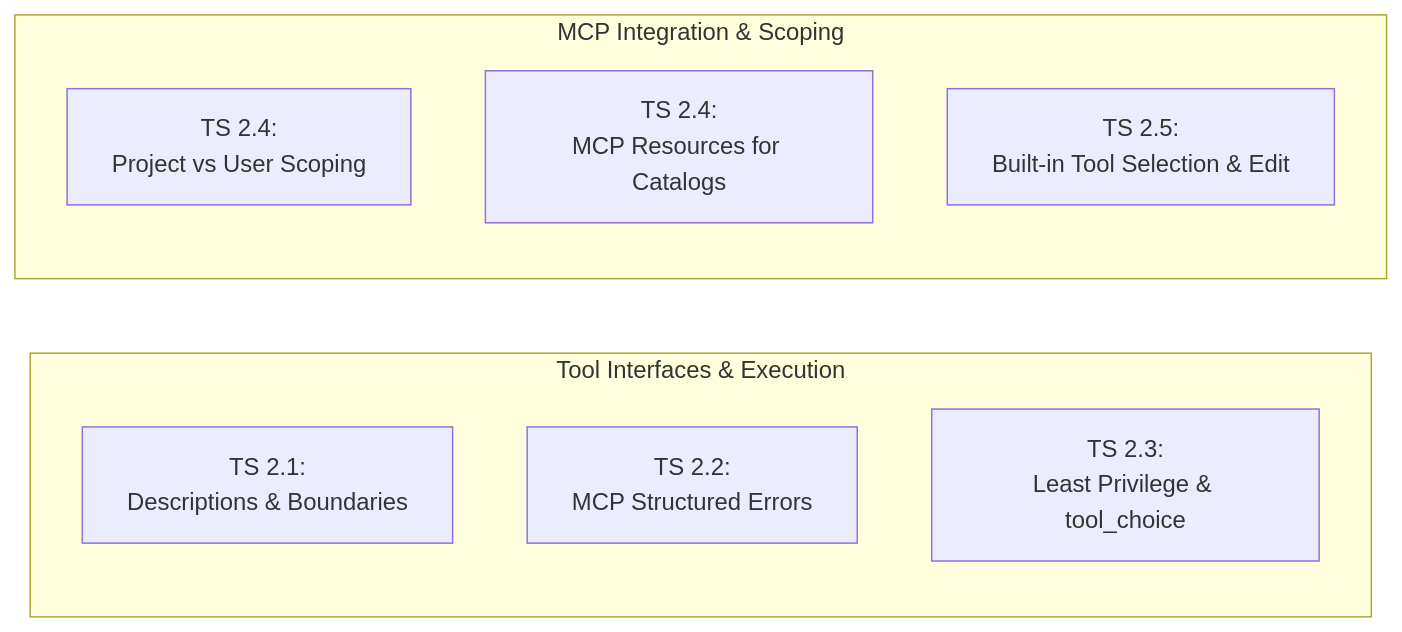
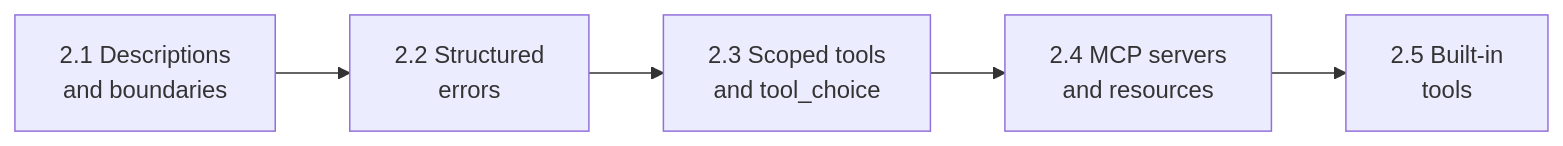
The first of 3 diagrams in domain2/KEY_CONCEPTS.md (dip4k/claude_cert_architect_foundation_prep), drawn with Mermaid before and after one commit. The commit also changed other lines of this file and 133 other files, not shown here.

````diff
--- a/domain2/KEY_CONCEPTS.md
+++ b/domain2/KEY_CONCEPTS.md
@@ -8,16 +16,7 @@
 ```mermaid
 flowchart LR
-    subgraph Tools["Tool Interfaces & Execution"]
-        direction TB
-        T1["TS 2.1:<br>Descriptions & Boundaries"]
-        T2["TS 2.2:<br>MCP Structured Errors"]
-        T3["TS 2.3:<br>Least Privilege & tool_choice"]
-    end
-
-    subgraph MCP["MCP Integration & Scoping"]
-        direction TB
-        M1["TS 2.4:<br>Project vs User Scoping"]
-        M2["TS 2.4:<br>MCP Resources for Catalogs"]
-        M3["TS 2.5:<br>Built-in Tool Selection & Edit"]
-    end
+    T1["2.1 Descriptions<br>and boundaries"] --> T2["2.2 Structured<br>errors"]
+    T2 --> T3["2.3 Scoped tools<br>and tool_choice"]
+    T3 --> T4["2.4 MCP servers<br>and resources"]
+    T4 --> T5["2.5 Built-in<br>tools"]
 ```
````
